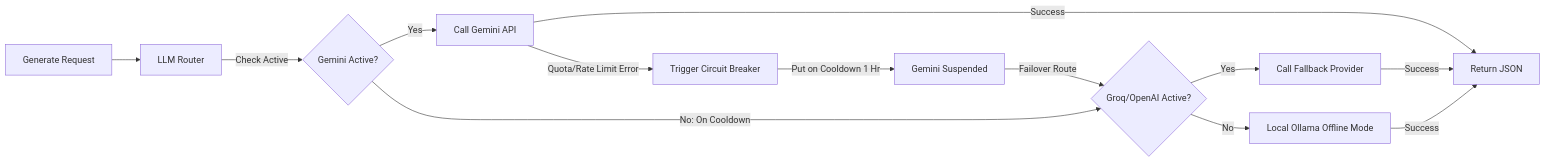
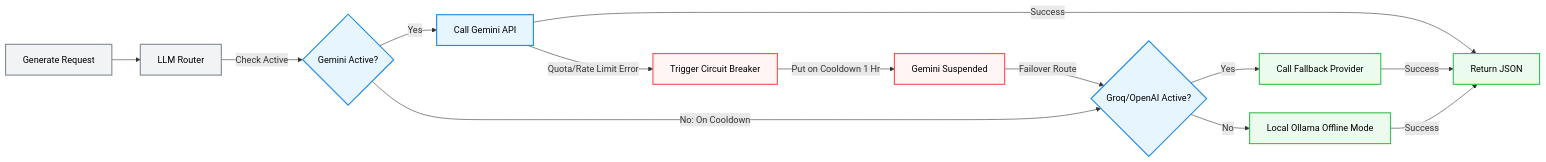
Before and after one commit to ArPaN-DS/JobScout-AI: the third of 3 diagrams in README.md, drawn with Mermaid. The commit also changed other lines of this file, not shown here.

Commit message:
style: Colorize architecture and router flowcharts and add header badges in README

````diff
--- a/README.md
+++ b/README.md
@@ -118,17 +139,28 @@
 ```mermaid
 graph LR
     A[Generate Request] --> B[LLM Router]
     B -->|Check Active| C{Gemini Active?}
     C -->|Yes| D[Call Gemini API]
     C -->|No: On Cooldown| E{Groq/OpenAI Active?}
     
     D -->|Success| F[Return JSON]
     D -->|Quota/Rate Limit Error| G[Trigger Circuit Breaker]
     G -->|Put on Cooldown 1 Hr| H[Gemini Suspended]
     H -->|Failover Route| E
     
     E -->|Yes| I[Call Fallback Provider]
     E -->|No| J[Local Ollama Offline Mode]
     I -->|Success| F
     J -->|Success| F
+
+    style A fill:#f1f3f5,stroke:#868e96,stroke-width:2px,color:#000
+    style B fill:#f1f3f5,stroke:#868e96,stroke-width:2px,color:#000
+    style C fill:#e7f5ff,stroke:#228be6,stroke-width:2px,color:#000
+    style D fill:#e7f5ff,stroke:#228be6,stroke-width:2px,color:#000
+    style E fill:#e7f5ff,stroke:#228be6,stroke-width:2px,color:#000
+    style F fill:#ebfbee,stroke:#40c057,stroke-width:2px,color:#000
+    style G fill:#fff5f5,stroke:#fa5252,stroke-width:2px,color:#000
+    style H fill:#fff5f5,stroke:#fa5252,stroke-width:2px,color:#000
+    style I fill:#ebfbee,stroke:#40c057,stroke-width:2px,color:#000
+    style J fill:#ebfbee,stroke:#40c057,stroke-width:2px,color:#000
 ```
````
